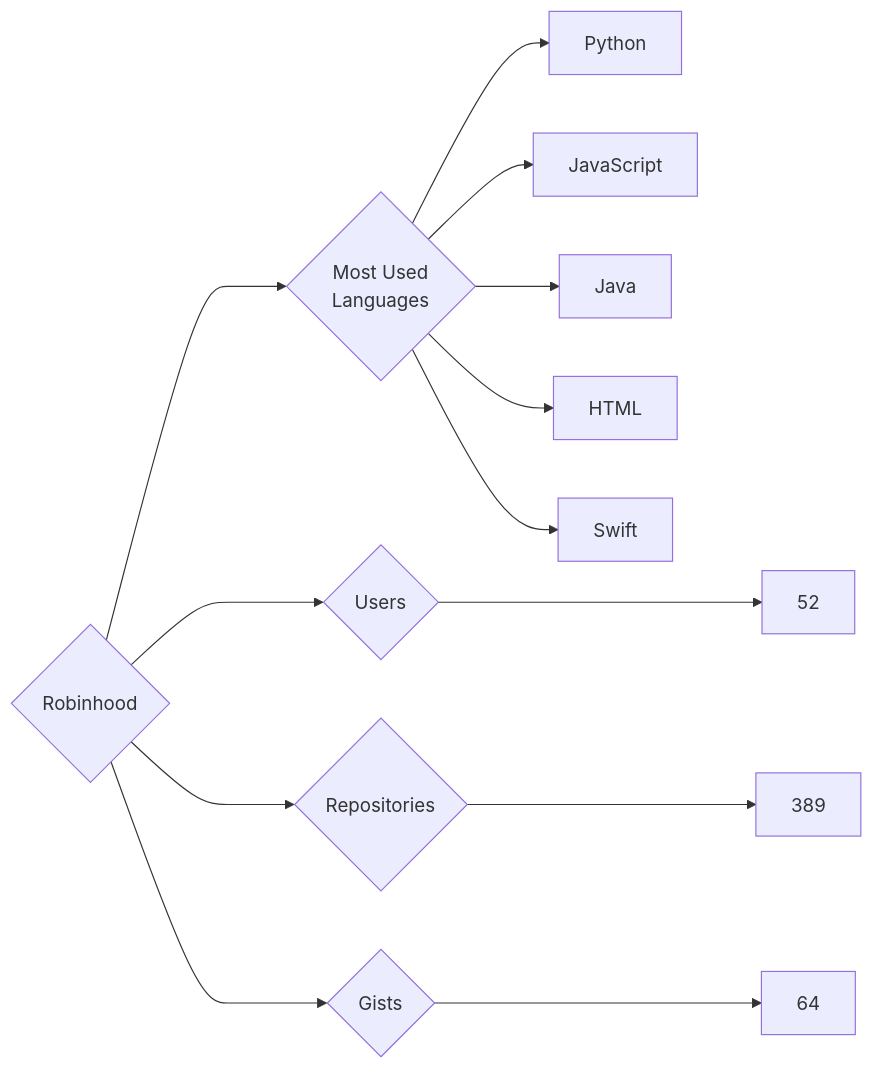
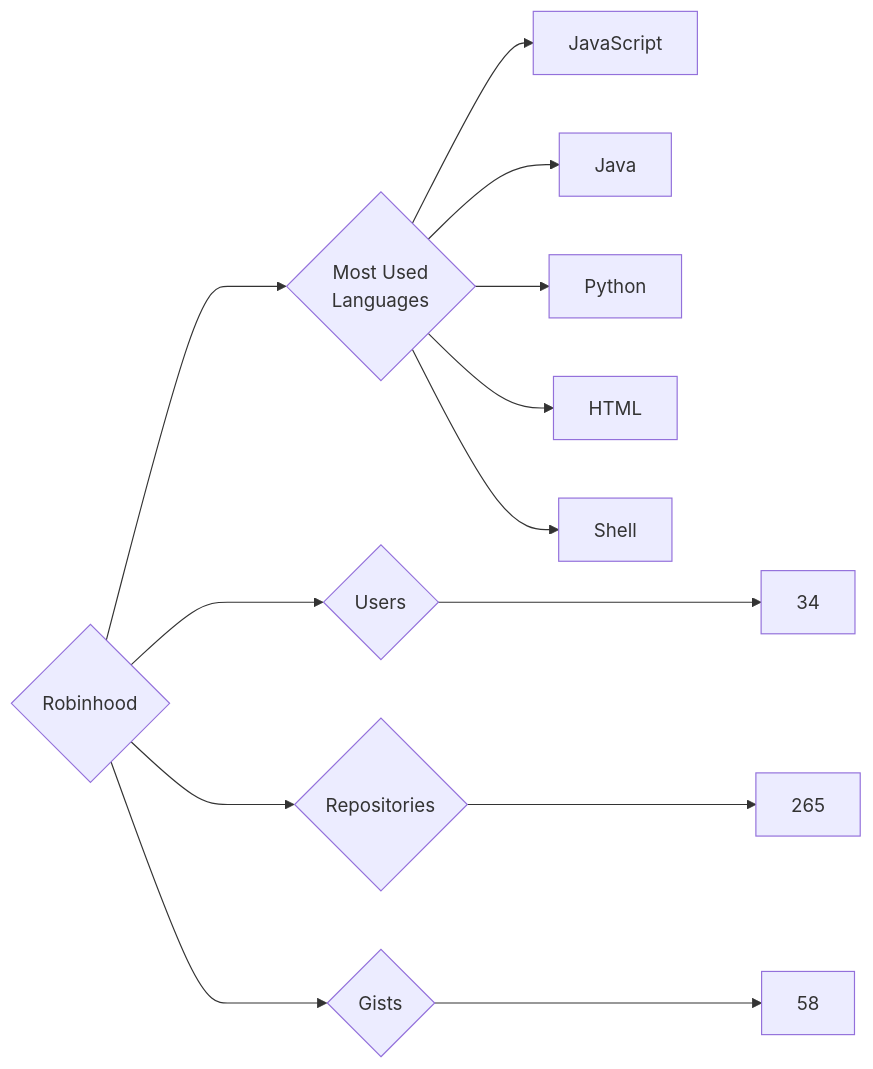
The diagram in targets/Robinhood/README.md (trickest/insiders), drawn with Mermaid before and after one commit. The commit also changed 871 other files, not shown here.

````diff
--- a/targets/Robinhood/README.md
+++ b/targets/Robinhood/README.md
@@ -3,13 +3,13 @@
 ```mermaid
 graph LR
 COMPANY_NAME{Robinhood}
-COMPANY_NAME ---> U{Users} ---> UN[52]
-COMPANY_NAME ---> R{Repositories} ---> RN[389]
-COMPANY_NAME ---> G{Gists} ---> GN[64]
+COMPANY_NAME ---> U{Users} ---> UN[34]
+COMPANY_NAME ---> R{Repositories} ---> RN[265]
+COMPANY_NAME ---> G{Gists} ---> GN[58]
 COMPANY_NAME ---> ML{Most Used<br>Languages}
-ML --> Python[Python]
 ML --> JavaScript[JavaScript]
 ML --> Java[Java]
+ML --> Python[Python]
 ML --> HTML[HTML]
-ML --> Swift[Swift]
+ML --> Shell[Shell]
 ```
````
